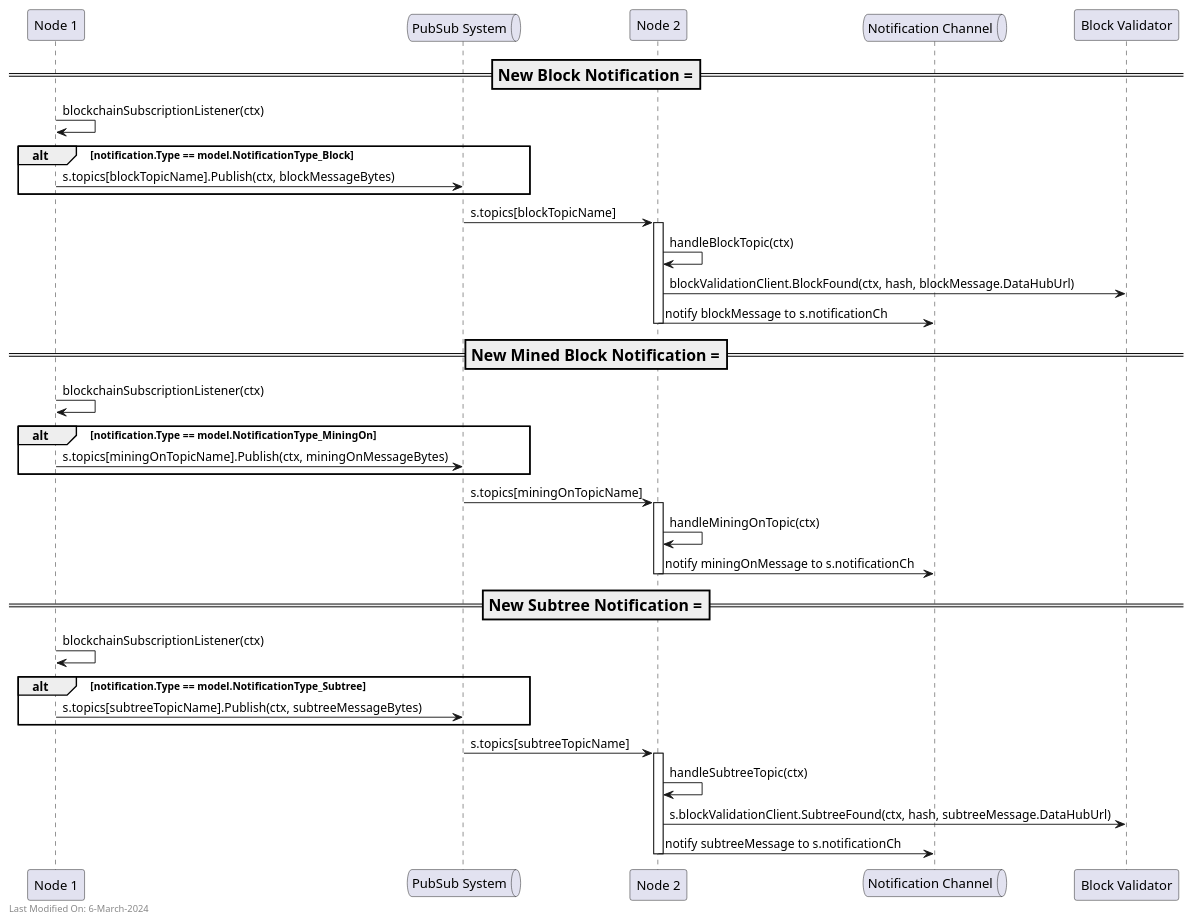
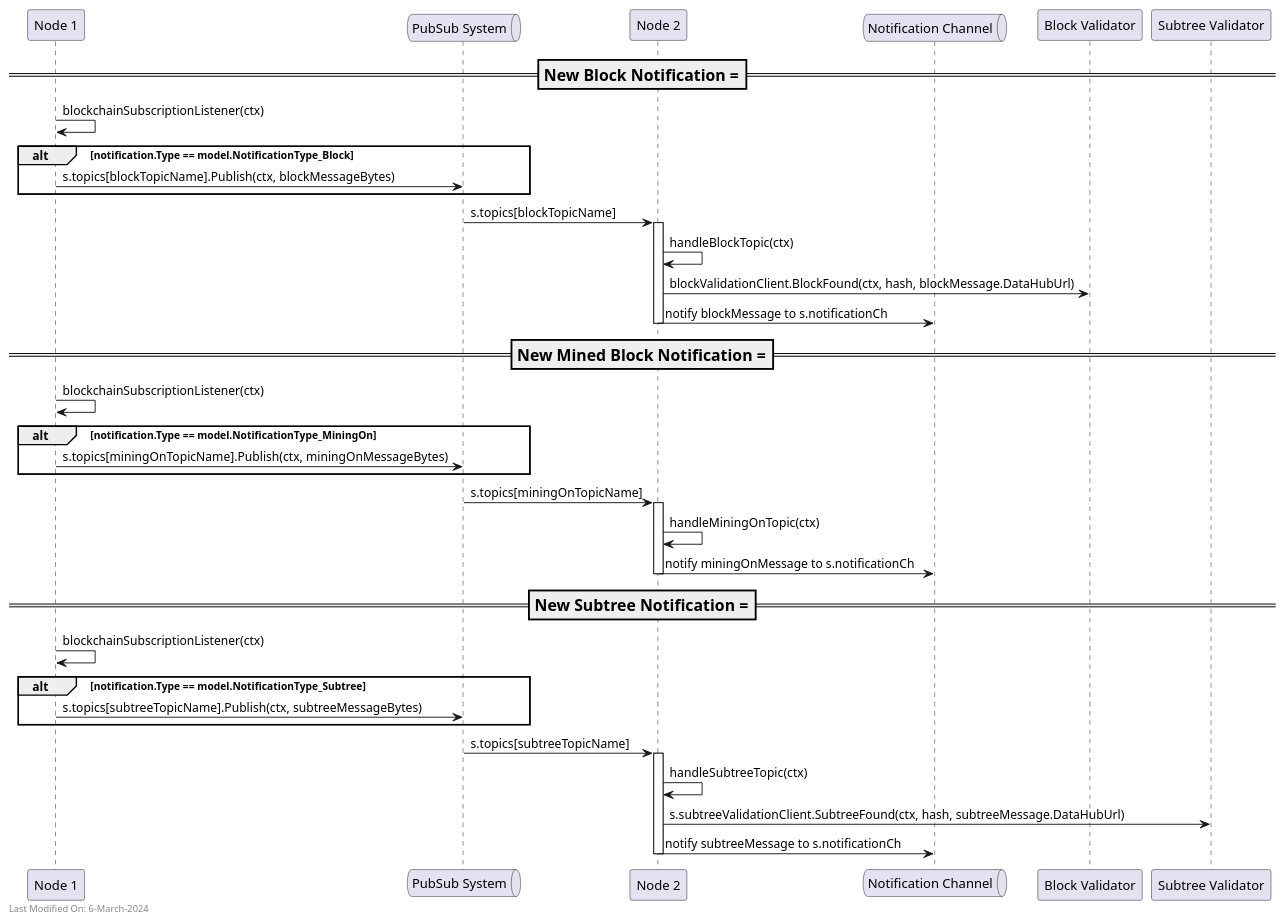
The diagram in docs/services/img/plantuml/p2p/p2p_blockchain_subscription.puml (freemans13/teranode), drawn with PlantUML before and after one commit. The commit also changed 11 other files, not shown here.

Commit message:
Documentation - P2P Service changes (after block validation split in block vs subtree validation)

```diff
--- a/docs/services/img/plantuml/p2p/p2p_blockchain_subscription.puml
+++ b/docs/services/img/plantuml/p2p/p2p_blockchain_subscription.puml
@@ -1,49 +1,50 @@
 @startuml
 
 participant "Node 1" as Node1
 queue "PubSub System" as PubSub
 participant "Node 2" as Node2
 queue "Notification Channel" as notificationChannel
 participant "Block Validator" as BlockValidationClient
+participant "Subtree Validator" as SubtreeValidationClient
 
 === New Block Notification ===
 Node1 -> Node1: blockchainSubscriptionListener(ctx)
 alt notification.Type == model.NotificationType_Block
     Node1 -> PubSub: s.topics[blockTopicName].Publish(ctx, blockMessageBytes)
 end
 
 PubSub -> Node2: s.topics[blockTopicName]
 activate Node2
 Node2 -> Node2: handleBlockTopic(ctx)
 Node2 -> BlockValidationClient: blockValidationClient.BlockFound(ctx, hash, blockMessage.DataHubUrl)
 Node2 -> notificationChannel: notify blockMessage to s.notificationCh
 deactivate Node2
 
 === New Mined Block Notification ===
 Node1 -> Node1: blockchainSubscriptionListener(ctx)
 alt notification.Type == model.NotificationType_MiningOn
     Node1 -> PubSub: s.topics[miningOnTopicName].Publish(ctx, miningOnMessageBytes)
 end
 
 PubSub -> Node2: s.topics[miningOnTopicName]
 activate Node2
 Node2 -> Node2: handleMiningOnTopic(ctx)
 Node2 -> notificationChannel: notify miningOnMessage to s.notificationCh
 deactivate Node2
 
 === New Subtree Notification ===
 Node1 -> Node1: blockchainSubscriptionListener(ctx)
 alt notification.Type == model.NotificationType_Subtree
     Node1 -> PubSub: s.topics[subtreeTopicName].Publish(ctx, subtreeMessageBytes)
 end
 
 PubSub -> Node2: s.topics[subtreeTopicName]
 activate Node2
 Node2 -> Node2: handleSubtreeTopic(ctx)
-Node2 -> BlockValidationClient: s.blockValidationClient.SubtreeFound(ctx, hash, subtreeMessage.DataHubUrl)
+Node2 -> SubtreeValidationClient: s.subtreeValidationClient.SubtreeFound(ctx, hash, subtreeMessage.DataHubUrl)
 Node2 -> notificationChannel: notify subtreeMessage to s.notificationCh
 deactivate Node2
 
 left footer Last Modified On: 6-March-2024
 
 @enduml
```
